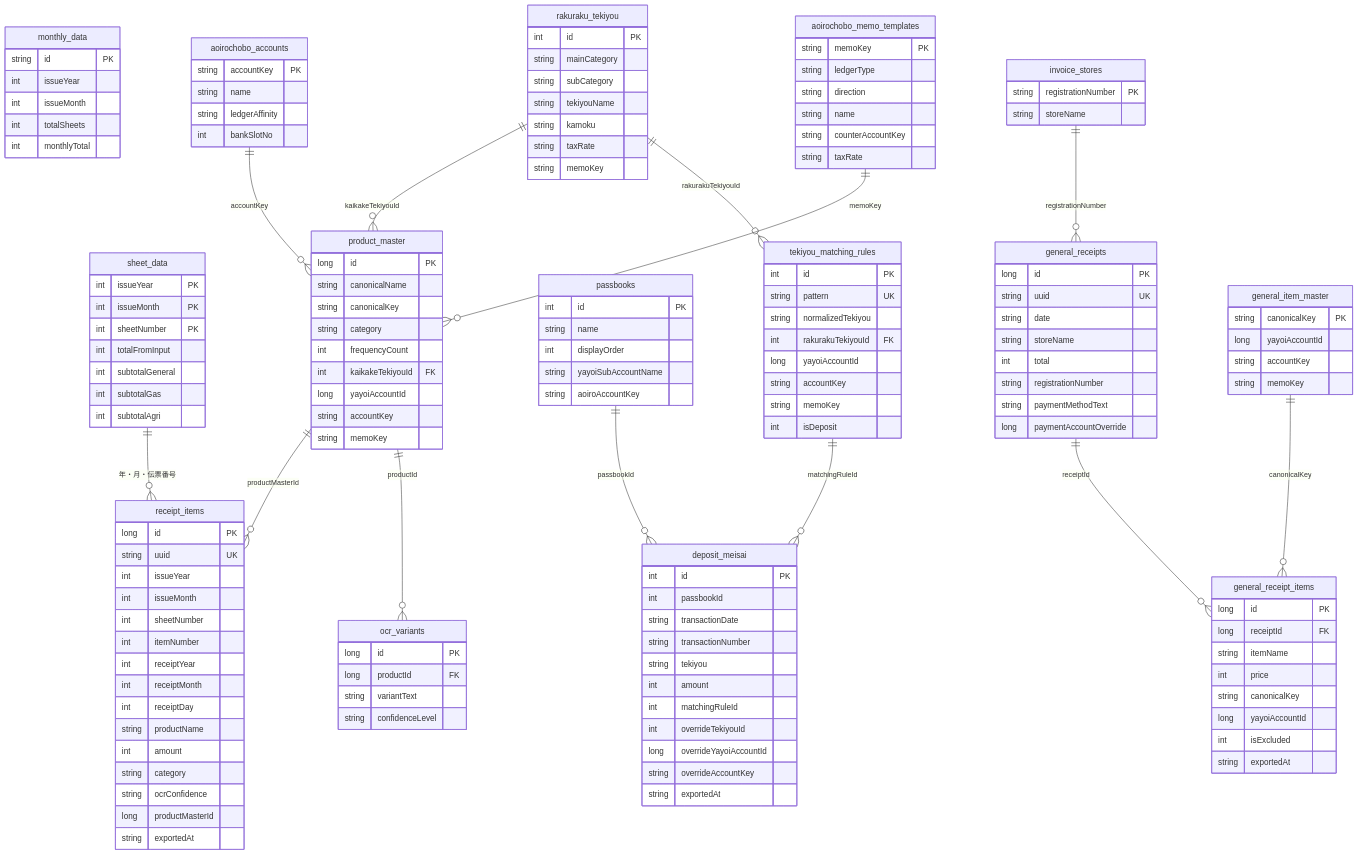
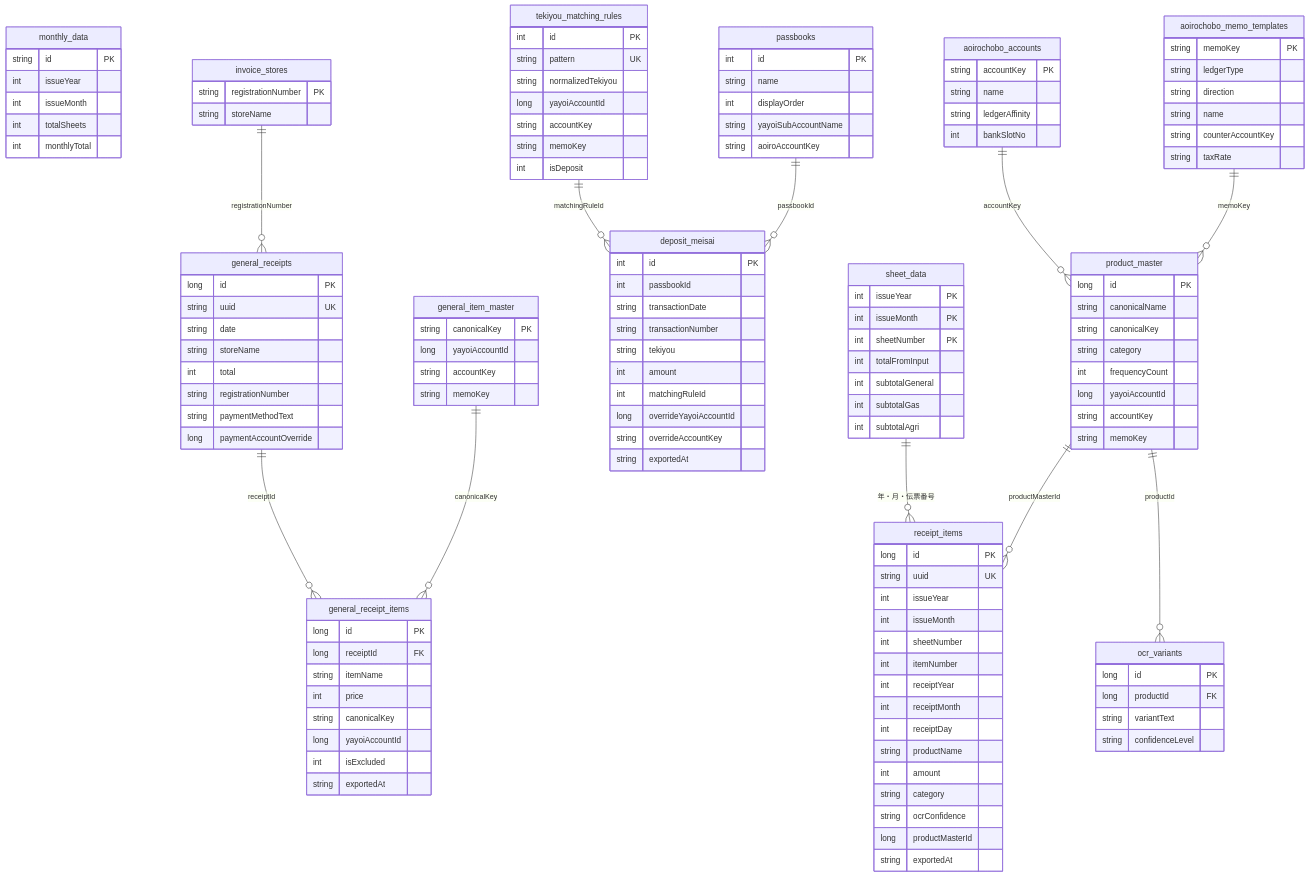
Before and after one commit to toshi859sti/ReceiptOCR: the second of 2 diagrams in docs/functional-design.md, drawn with Mermaid. The commit also changed other lines of this file and 12 other files, not shown here.

```diff
--- a/docs/functional-design.md
+++ b/docs/functional-design.md
@@ -129,7 +125,6 @@
         string canonicalKey
         string category
         int frequencyCount
-        int kaikakeTekiyouId FK
         long yayoiAccountId
         string accountKey
         string memoKey
@@ -139,15 +134,6 @@
         long productId FK
         string variantText
         string confidenceLevel
-    }
-    rakuraku_tekiyou {
-        int id PK
-        string mainCategory
-        string subCategory
-        string tekiyouName
-        string kamoku
-        string taxRate
-        string memoKey
     }
     passbooks {
         int id PK
@@ -164,7 +150,6 @@
         string tekiyou
         int amount
         int matchingRuleId
-        int overrideTekiyouId
         long overrideYayoiAccountId
         string overrideAccountKey
         string exportedAt
@@ -173,7 +158,6 @@
         int id PK
         string pattern UK
         string normalizedTekiyou
-        int rakurakuTekiyouId FK
         long yayoiAccountId
         string accountKey
         string memoKey
@@ -227,8 +211,6 @@
     sheet_data ||--o{ receipt_items : "年・月・伝票番号"
     product_master ||--o{ receipt_items : "productMasterId"
     product_master ||--o{ ocr_variants : "productId"
-    rakuraku_tekiyou ||--o{ product_master : "kaikakeTekiyouId"
-    rakuraku_tekiyou ||--o{ tekiyou_matching_rules : "rakurakuTekiyouId"
     tekiyou_matching_rules ||--o{ deposit_meisai : "matchingRuleId"
     passbooks ||--o{ deposit_meisai : "passbookId"
     general_receipts ||--o{ general_receipt_items : "receiptId"
```
